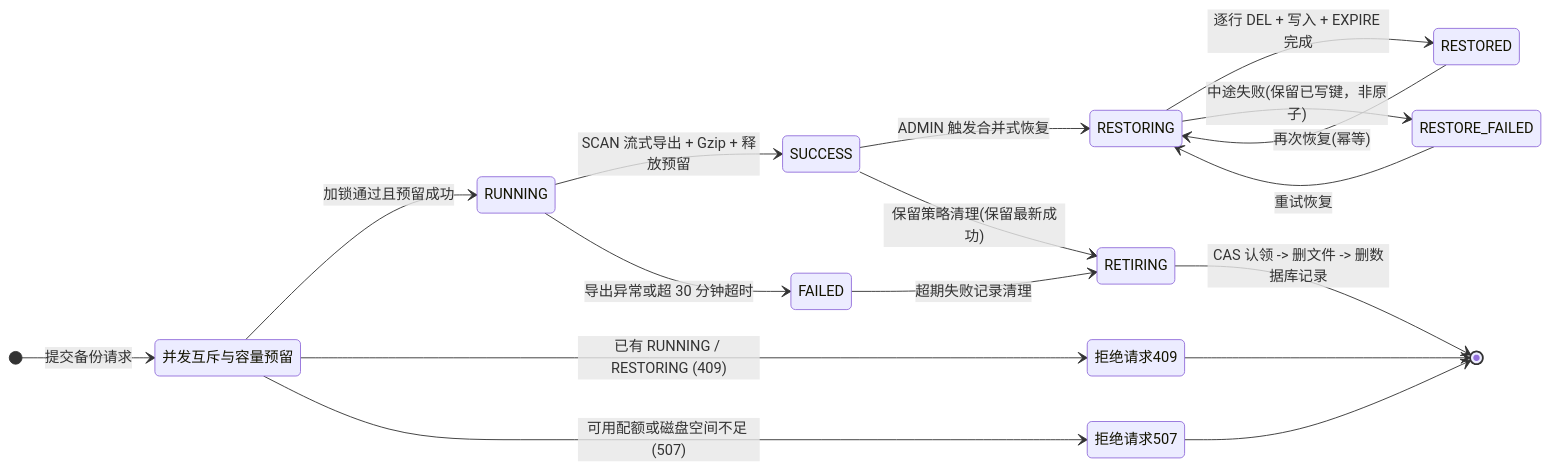
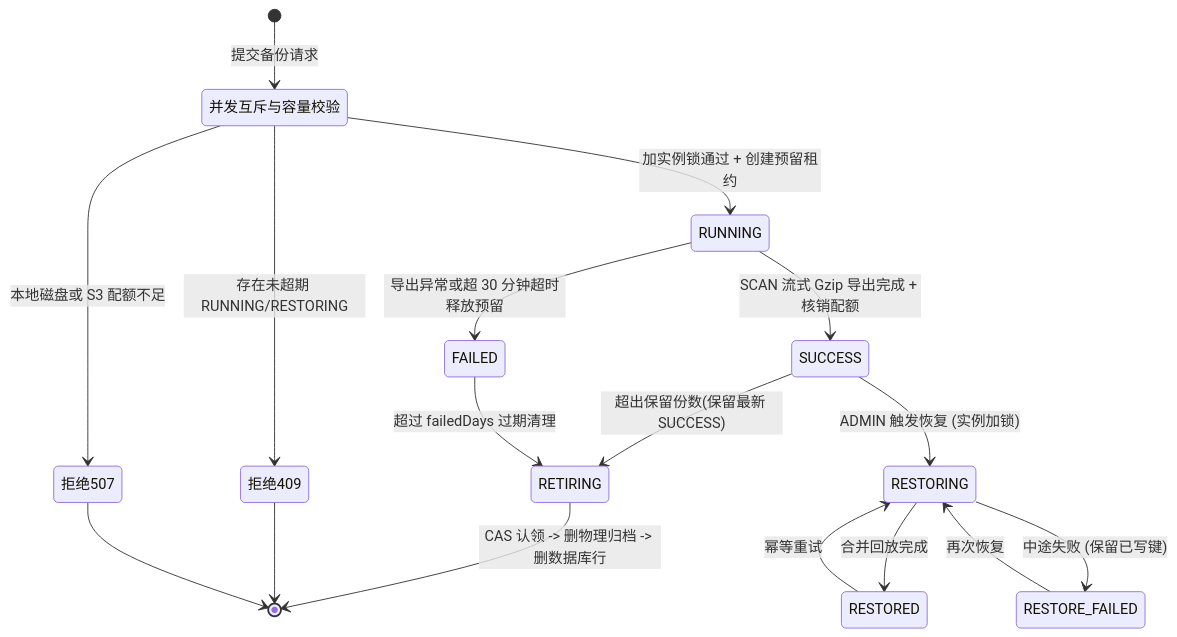
One commit to Holylaw7/tiering-kv changed the diagram in docs/design/figures/fig4-3-backup-fsm.mmd. Above: the diagram before and after it, drawn with Mermaid. The commit also changed 16 other files, not shown here.

```diff
--- a/docs/design/figures/fig4-3-backup-fsm.mmd
+++ b/docs/design/figures/fig4-3-backup-fsm.mmd
@@ -1,22 +1,22 @@
-%%{init: {'theme':'base','themeVariables':{'fontFamily':"'Segoe UI','Microsoft YaHei',sans-serif",'fontSize':'13px','primaryColor':'#FFFFFF','primaryBorderColor':'#CBD2D9','primaryTextColor':'#202124','lineColor':'#475569','secondaryColor':'#F8FAFC','tertiaryColor':'#FFFFFF','labelTextColor':'#0F172A'}}}%%
+%%{init: {'theme':'base','themeVariables':{'fontFamily':"'Microsoft YaHei','Segoe UI',sans-serif",'fontSize':'16px','primaryColor':'#FFFFFF','primaryBorderColor':'#94A3B8','primaryTextColor':'#0F172A','lineColor':'#475569','secondaryColor':'#F8FAFC','tertiaryColor':'#FFFFFF','labelTextColor':'#0F172A'}}}%%
 stateDiagram-v2
-    direction LR
-    [*] --> 并发互斥与容量预留 : 提交备份请求
-    并发互斥与容量预留 --> RUNNING : 加锁通过且预留成功
-    并发互斥与容量预留 --> 拒绝请求409 : 已有 RUNNING / RESTORING (409)
-    并发互斥与容量预留 --> 拒绝请求507 : 可用配额或磁盘空间不足 (507)
-    拒绝请求409 --> [*]
-    拒绝请求507 --> [*]
+    direction TB
+    [*] --> 并发互斥与容量校验 : 提交备份请求
+    并发互斥与容量校验 --> 拒绝409 : 存在未超期 RUNNING/RESTORING
+    并发互斥与容量校验 --> 拒绝507 : 本地磁盘或 S3 配额不足
+    并发互斥与容量校验 --> RUNNING : 加实例锁通过 + 创建预留租约
 
-    RUNNING --> SUCCESS : SCAN 流式导出 + Gzip + 释放预留
-    RUNNING --> FAILED : 导出异常或超 30 分钟超时
+    RUNNING --> SUCCESS : SCAN 流式 Gzip 导出完成 + 核销配额
+    RUNNING --> FAILED : 导出异常或超 30 分钟超时释放预留
 
-    SUCCESS --> RESTORING : ADMIN 触发合并式恢复
-    RESTORING --> RESTORED : 逐行 DEL + 写入 + EXPIRE 完成
-    RESTORING --> RESTORE_FAILED : 中途失败(保留已写键，非原子)
-    RESTORED --> RESTORING : 再次恢复(幂等)
-    RESTORE_FAILED --> RESTORING : 重试恢复
+    SUCCESS --> RESTORING : ADMIN 触发恢复 (实例加锁)
+    RESTORING --> RESTORED : 合并回放完成
+    RESTORING --> RESTORE_FAILED : 中途失败 (保留已写键)
+    RESTORED --> RESTORING : 幂等重试
+    RESTORE_FAILED --> RESTORING : 再次恢复
 
-    SUCCESS --> RETIRING : 保留策略清理(保留最新成功)
-    FAILED --> RETIRING : 超期失败记录清理
-    RETIRING --> [*] : CAS 认领 -> 删文件 -> 删数据库记录
+    SUCCESS --> RETIRING : 超出保留份数(保留最新 SUCCESS)
+    FAILED --> RETIRING : 超过 failedDays 过期清理
+    RETIRING --> [*] : CAS 认领 -> 删物理归档 -> 删数据库行
+    拒绝409 --> [*]
+    拒绝507 --> [*]
```
